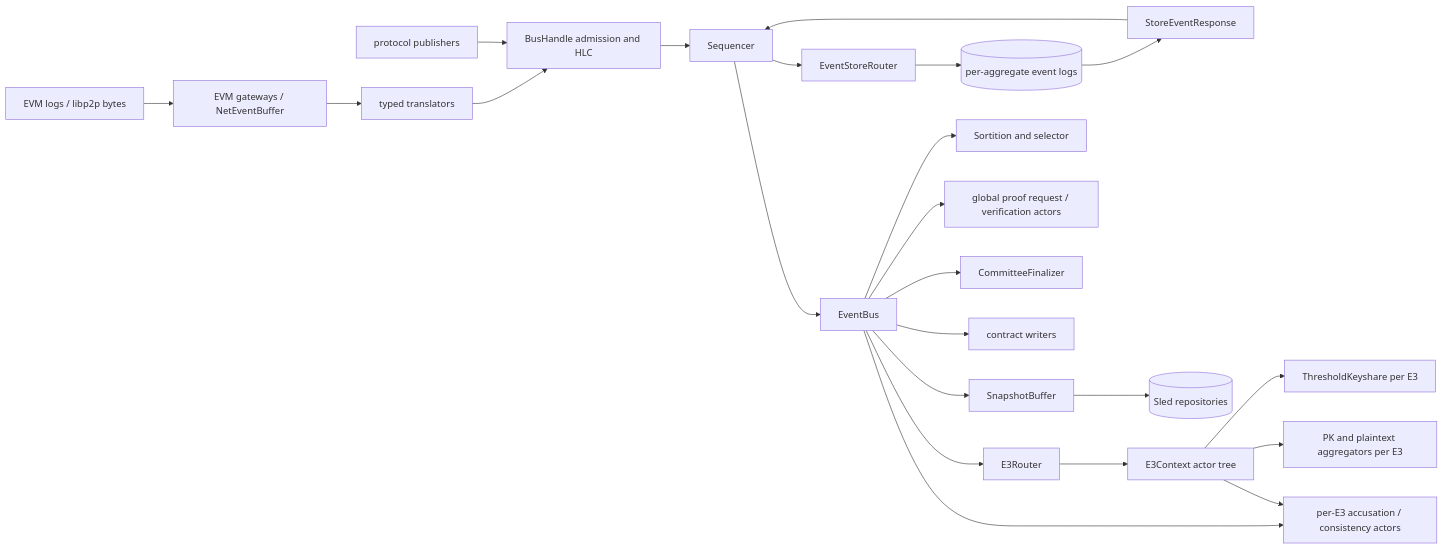
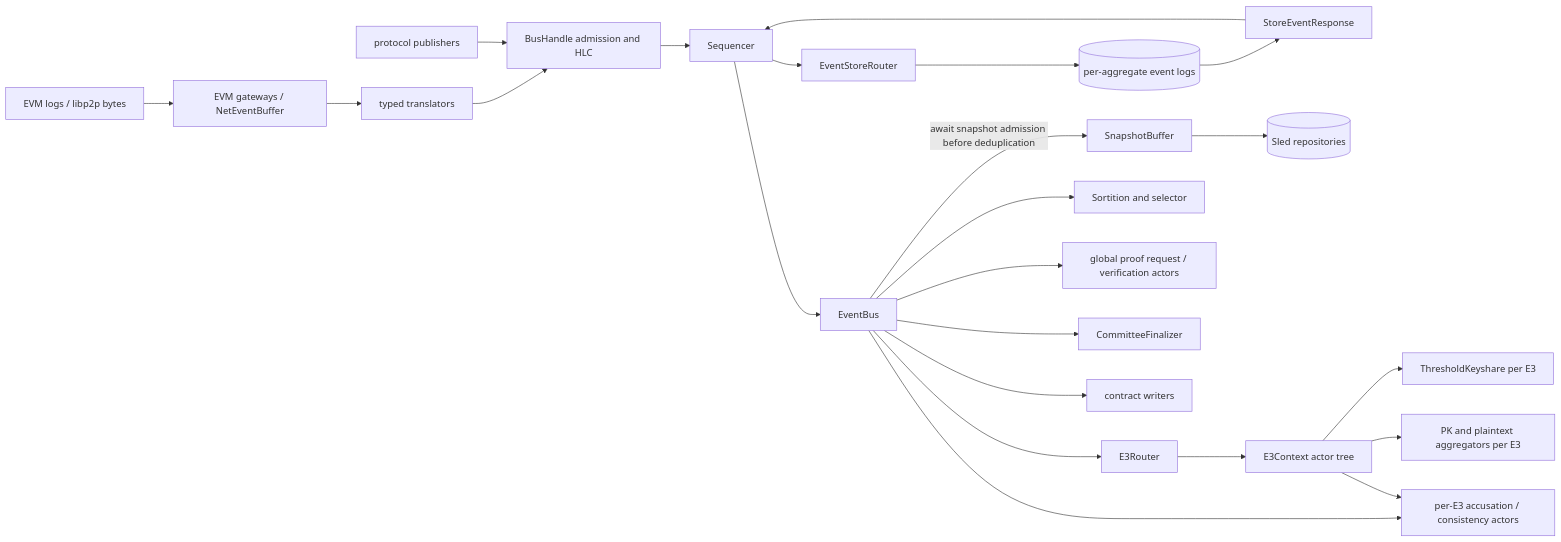
The fourth of 15 diagrams in agent/CRATES_ARCHITECTURE.md (theinterfold/interfold), drawn with Mermaid before and after one commit. The commit also changed other lines of this file and 27 other files, not shown here.

````diff
--- a/agent/CRATES_ARCHITECTURE.md
+++ b/agent/CRATES_ARCHITECTURE.md
@@ -256,27 +256,27 @@
 ```mermaid
 flowchart LR
     Ext[EVM logs / libp2p bytes] --> Gateways[EVM gateways / NetEventBuffer]
     Gateways --> Translate[typed translators]
     Translate --> Handle[BusHandle admission and HLC]
     Publishers[protocol publishers] --> Handle
     Handle --> Seq[Sequencer]
     Seq --> StoreRouter[EventStoreRouter]
     StoreRouter --> Logs[(per-aggregate event logs)]
     Logs --> StoreAck[StoreEventResponse]
     StoreAck --> Seq
     Seq --> Bus[EventBus]
+    Bus -->|await snapshot admission before deduplication| Snapshot[SnapshotBuffer]
 
     Bus --> Router[E3Router]
     Bus --> Sortition[Sortition and selector]
     Bus --> Proof[global proof request / verification actors]
     Bus --> Committee[CommitteeFinalizer]
     Bus --> Safety[per-E3 accusation / consistency actors]
     Bus --> Writers[contract writers]
-    Bus --> Snapshot[SnapshotBuffer]
 
     Snapshot --> KV[(Sled repositories)]
     Router --> Context[E3Context actor tree]
     Context --> Keyshare[ThresholdKeyshare per E3]
     Context --> Aggregators[PK and plaintext aggregators per E3]
     Context --> Safety
 ```
````
